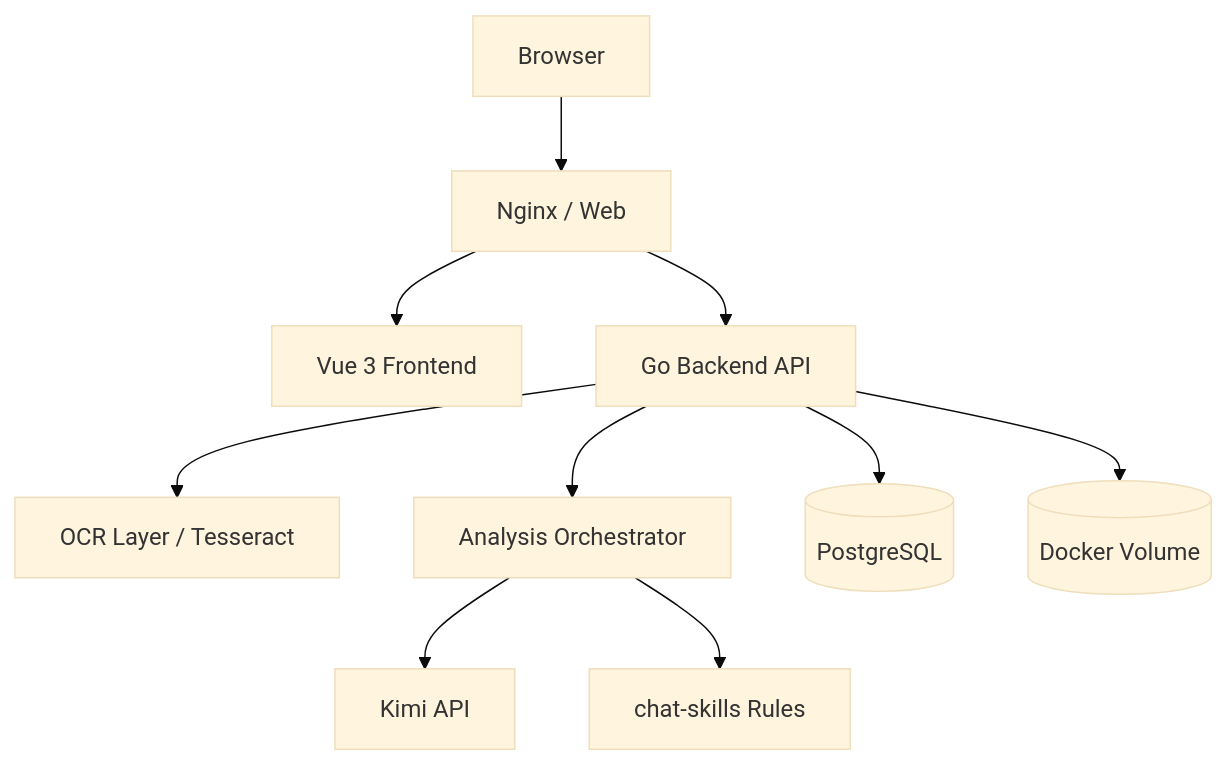
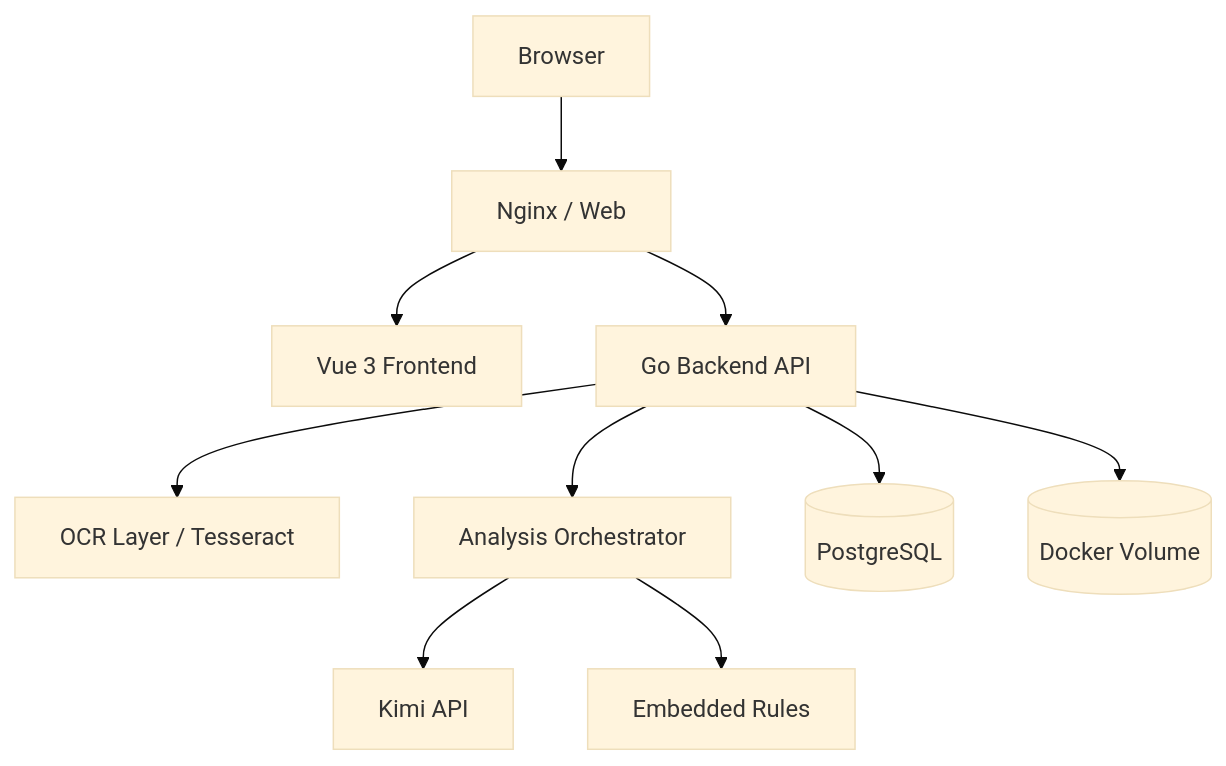
The first of 2 diagrams in README.md (adward-c/senti), drawn with Mermaid (base theme) before and after one commit. The commit also changed other lines of this file and 19 other files, not shown here.

````diff
--- a/README.md
+++ b/README.md
@@ -16,12 +26,12 @@
 ```mermaid
 flowchart TD
     U["Browser"] --> N["Nginx / Web"]
     N --> FE["Vue 3 Frontend"]
     N --> BE["Go Backend API"]
     BE --> OCR["OCR Layer / Tesseract"]
     BE --> ORCH["Analysis Orchestrator"]
     ORCH --> KIMI["Kimi API"]
     BE --> DB[("PostgreSQL")]
     BE --> FS[("Docker Volume")]
-    ORCH --> RULES["chat-skills Rules"]
+    ORCH --> RULES["Embedded Rules"]
 ```
````
